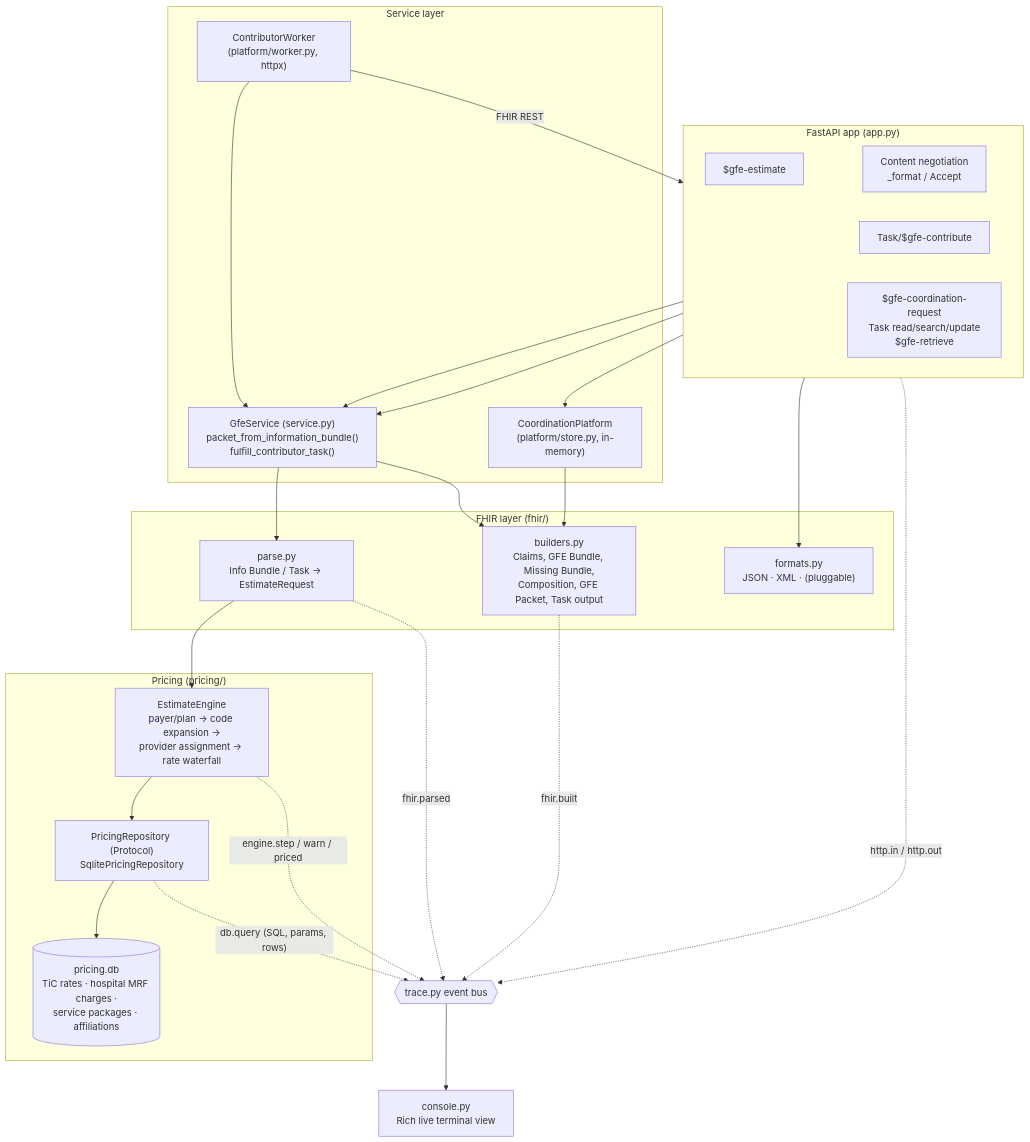
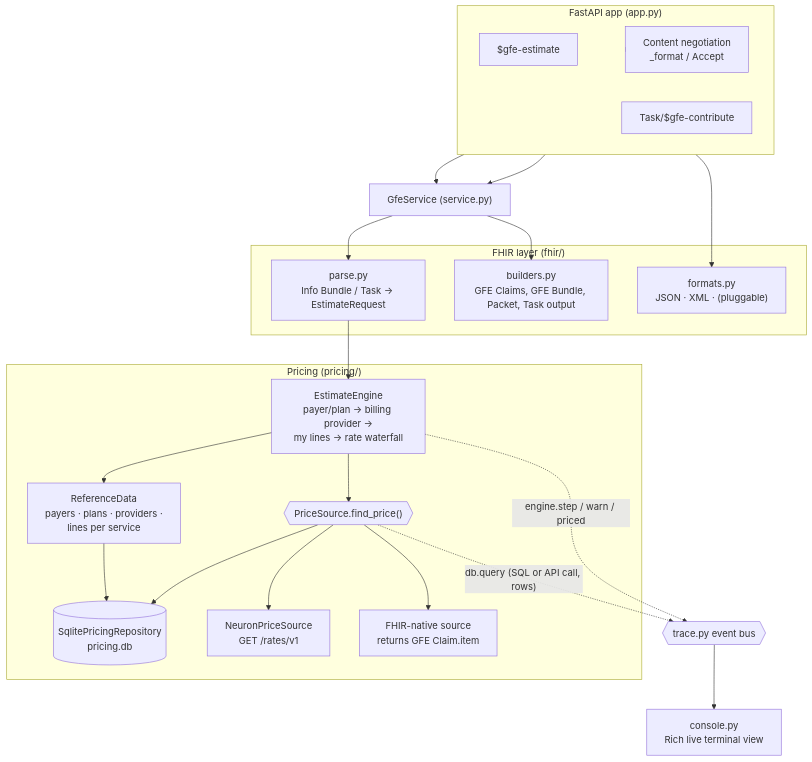
One commit to serif-health/gfe_demo changed the second of 5 diagrams in README.md. Above: the diagram before and after it, drawn with Mermaid. The commit also changed other lines of this file and 30 other files, not shown here.

````diff
--- a/README.md
+++ b/README.md
@@ -95,45 +99,36 @@
 ```mermaid
 flowchart TB
     subgraph HTTP["FastAPI app (app.py)"]
         direction LR
         E1["$gfe-estimate"]
         E2["Task/$gfe-contribute"]
-        E3["$gfe-coordination-request<br/>Task read/search/update<br/>$gfe-retrieve"]
         NEG["Content negotiation<br/>_format / Accept"]
     end
 
-    subgraph Core["Service layer"]
-        SVC["GfeService (service.py)<br/>packet_from_information_bundle()<br/>fulfill_contributor_task()"]
-        PLAT["CoordinationPlatform<br/>(platform/store.py, in-memory)"]
-        WRK["ContributorWorker<br/>(platform/worker.py, httpx)"]
-    end
+    SVC["GfeService (service.py)"]
 
     subgraph FHIR["FHIR layer (fhir/)"]
         PARSE["parse.py<br/>Info Bundle / Task → EstimateRequest"]
-        BUILD["builders.py<br/>Claims, GFE Bundle, Missing Bundle,<br/>Composition, GFE Packet, Task output"]
+        BUILD["builders.py<br/>GFE Claims, GFE Bundle, Packet, Task output"]
         FMT["formats.py<br/>JSON · XML · (pluggable)"]
     end
 
     subgraph Pricing["Pricing (pricing/)"]
-        ENG["EstimateEngine<br/>payer/plan → code expansion →<br/>provider assignment → rate waterfall"]
-        REPO["PricingRepository (Protocol)<br/>SqlitePricingRepository"]
-        DB[("pricing.db<br/>TiC rates · hospital MRF charges ·<br/>service packages · affiliations")]
+        ENG["EstimateEngine<br/>payer/plan → billing provider →<br/>my lines → rate waterfall"]
+        REF["ReferenceData<br/>payers · plans · providers ·<br/>lines per service"]
+        PS{{"PriceSource.find_price()"}}
+        SQL[("SqlitePricingRepository<br/>pricing.db")]
+        NEU["NeuronPriceSource<br/>GET /rates/v1"]
+        NAT["FHIR-native source<br/>returns GFE Claim.item"]
     end
 
-    TRACE{{"trace.py event bus"}} --> CON["console.py<br/>Rich live terminal view"]
-
-    E1 & E2 --> SVC
-    E3 --> PLAT
-    WRK -->|"FHIR REST"| E3
-    WRK --> SVC
-    PLAT --> BUILD
-    SVC --> PARSE --> ENG --> REPO --> DB
+    E1 & E2 --> SVC --> PARSE --> ENG
+    ENG --> REF --> SQL
+    ENG --> PS
+    PS --> SQL & NEU & NAT
     SVC --> BUILD
     HTTP --> NEG --> FMT
-
-    HTTP -.->|"http.in / http.out"| TRACE
-    PARSE -.->|"fhir.parsed"| TRACE
-    REPO -.->|"db.query (SQL, params, rows)"| TRACE
+    TRACE{{"trace.py event bus"}} --> CON["console.py<br/>Rich live terminal view"]
+    PS -.->|"db.query (SQL or API call, rows)"| TRACE
     ENG -.->|"engine.step / warn / priced"| TRACE
-    BUILD -.->|"fhir.built"| TRACE
 ```
````
